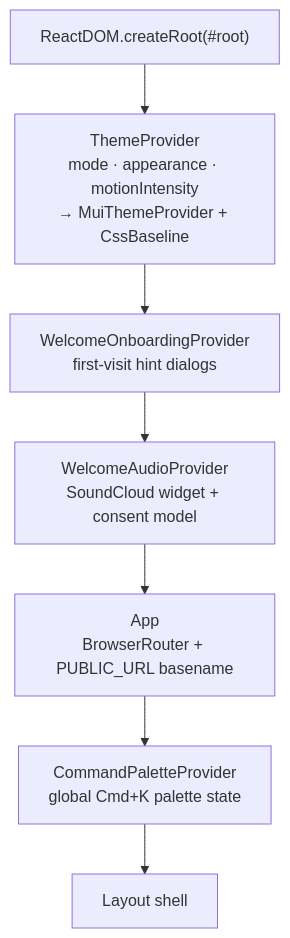
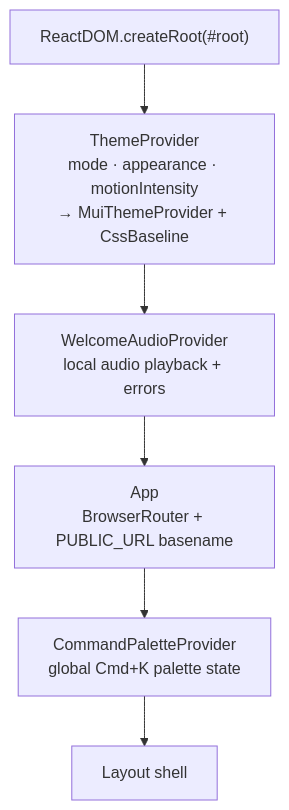
The first of 5 diagrams in docs/architecture/app-architecture.md (danphenderson/dev-danhenderson), drawn with Mermaid before and after one commit. The commit also changed other lines of this file and 106 other files, not shown here.

````diff
--- a/docs/architecture/app-architecture.md
+++ b/docs/architecture/app-architecture.md
@@ -9,12 +9,11 @@
 ```mermaid
 flowchart TB
   Root["ReactDOM.createRoot(#root)"]
   TP["ThemeProvider<br/>mode · appearance · motionIntensity<br/>→ MuiThemeProvider + CssBaseline"]
-  WO["WelcomeOnboardingProvider<br/>first-visit hint dialogs"]
-  WA["WelcomeAudioProvider<br/>SoundCloud widget + consent model"]
+  WA["WelcomeAudioProvider<br/>local audio playback + errors"]
   App["App<br/>BrowserRouter + PUBLIC_URL basename"]
   CP["CommandPaletteProvider<br/>global Cmd+K palette state"]
   Shell["Layout shell"]
 
-  Root --> TP --> WO --> WA --> App --> CP --> Shell
+  Root --> TP --> WA --> App --> CP --> Shell
 ```
````
